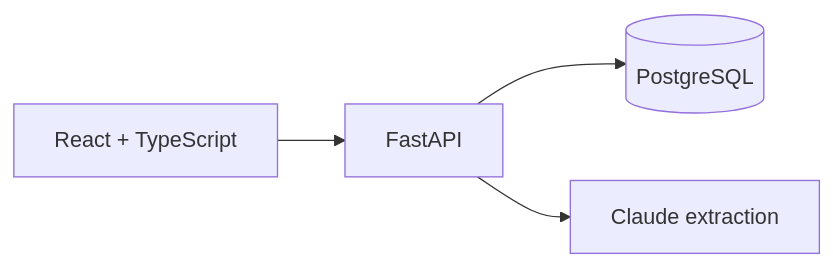
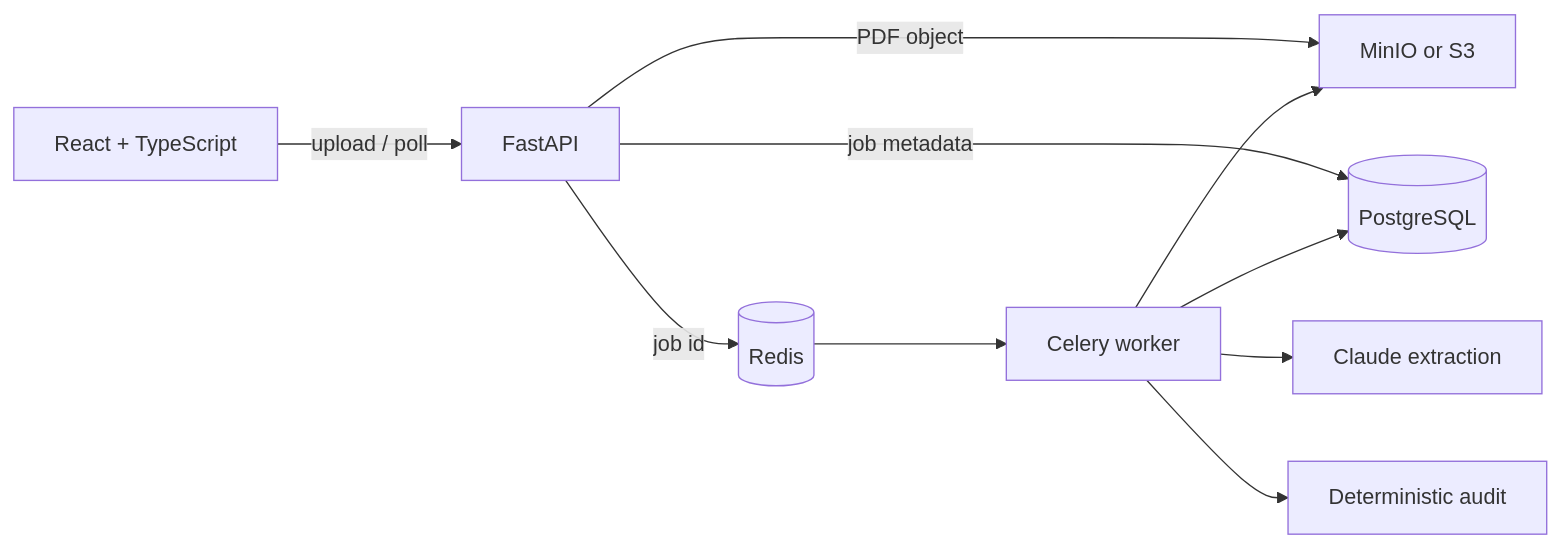
The diagram in README.md (kanishk-sc/freightiq), drawn with Mermaid before and after one commit. The commit also changed other lines of this file and 13 other files, not shown here.

````diff
--- a/README.md
+++ b/README.md
@@ -29,6 +18,12 @@
 ```mermaid
 flowchart LR
-    UI[React + TypeScript] --> API[FastAPI]
-    API --> PG[(PostgreSQL)]
-    API --> C[Claude extraction]
+    UI[React + TypeScript] -->|upload / poll| API[FastAPI]
+    API -->|PDF object| S3[MinIO or S3]
+    API -->|job metadata| PG[(PostgreSQL)]
+    API -->|job id| R[(Redis)]
+    R --> W[Celery worker]
+    W --> S3
+    W --> C[Claude extraction]
+    W --> D[Deterministic audit]
+    W --> PG
 ```
````
